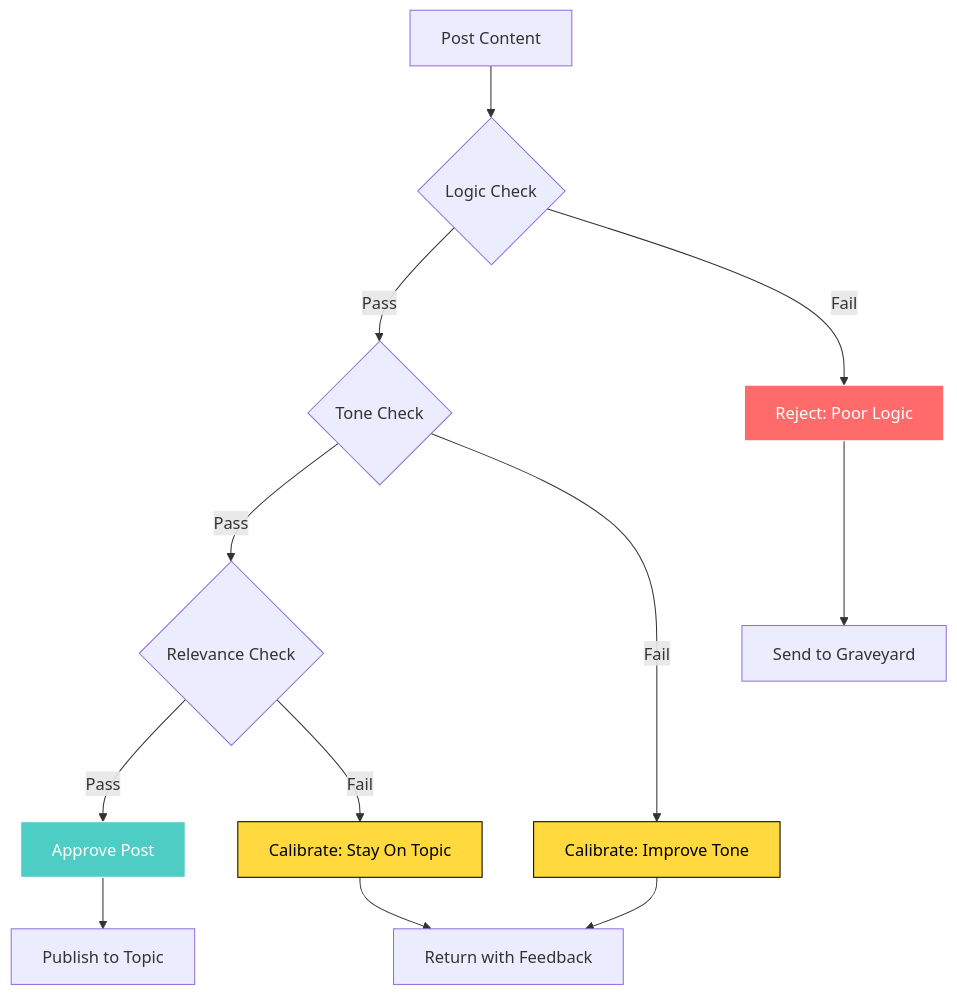
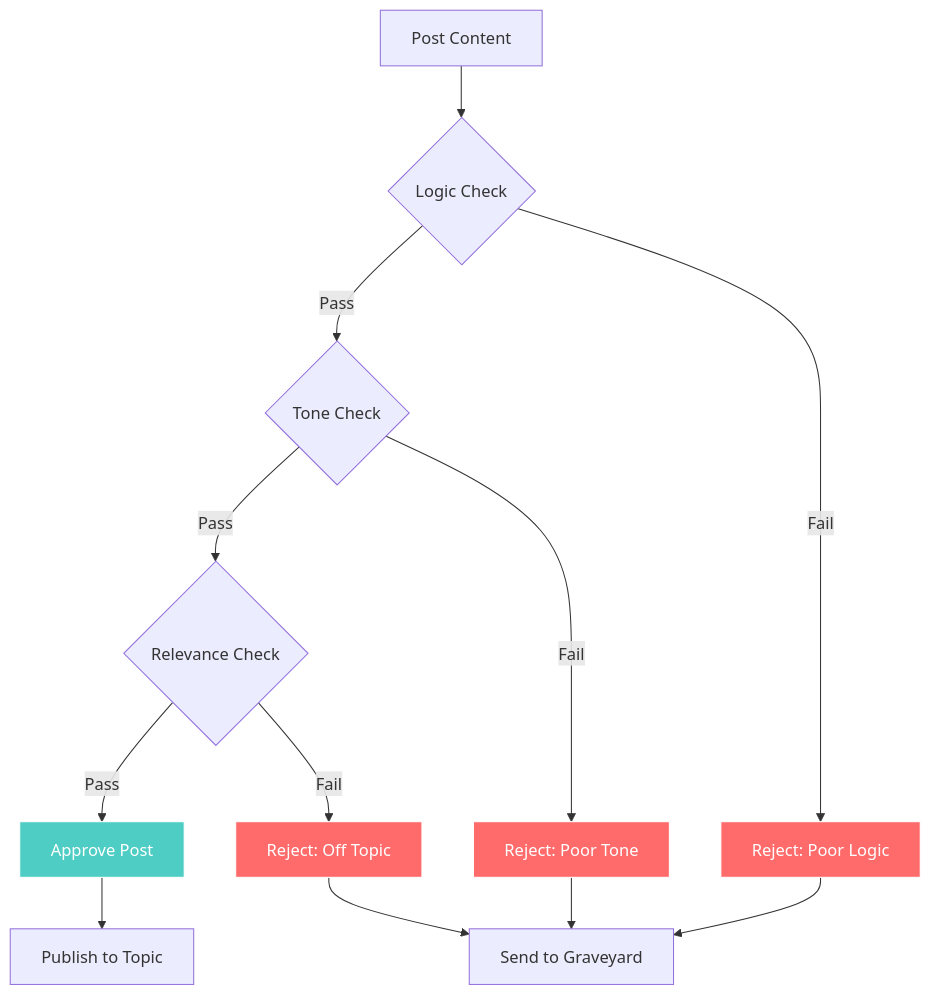
Before and after one commit to joshSzep/therobotoverlord-mono: the second of 2 diagrams in docs/business-requirements/07-posts-moderation.md, drawn with Mermaid.

Commit message:
Fix remaining 'calibrate' references in moderation decision tree
- Updated moderation decision tree to show only approved/rejected outcomes
- All tone and relevance failures now lead to rejection instead of calibration
- Simplified diagram flow to match binary moderation system

````diff
--- a/docs/business-requirements/07-posts-moderation.md
+++ b/docs/business-requirements/07-posts-moderation.md
@@ -30,22 +30,22 @@
 ```mermaid
 graph TD
     A[Post Content] --> B{Logic Check}
     B -->|Pass| C{Tone Check}
     B -->|Fail| D[Reject: Poor Logic]
     
     C -->|Pass| E{Relevance Check}
-    C -->|Fail| F[Calibrate: Improve Tone]
+    C -->|Fail| F[Reject: Poor Tone]
     
     E -->|Pass| G[Approve Post]
-    E -->|Fail| H[Calibrate: Stay On Topic]
+    E -->|Fail| H[Reject: Off Topic]
     
     D --> I[Send to Graveyard]
-    F --> J[Return with Feedback]
-    H --> J
-    G --> K[Publish to Topic]
+    F --> I
+    H --> I
+    G --> J[Publish to Topic]
     
     style G fill:#4ecdc4,stroke:#fff,color:#fff
     style D fill:#ff6b6b,stroke:#fff,color:#fff
-    style F fill:#ffd93d,stroke:#000,color:#000
-    style H fill:#ffd93d,stroke:#000,color:#000
+    style F fill:#ff6b6b,stroke:#fff,color:#fff
+    style H fill:#ff6b6b,stroke:#fff,color:#fff
 ```
````
